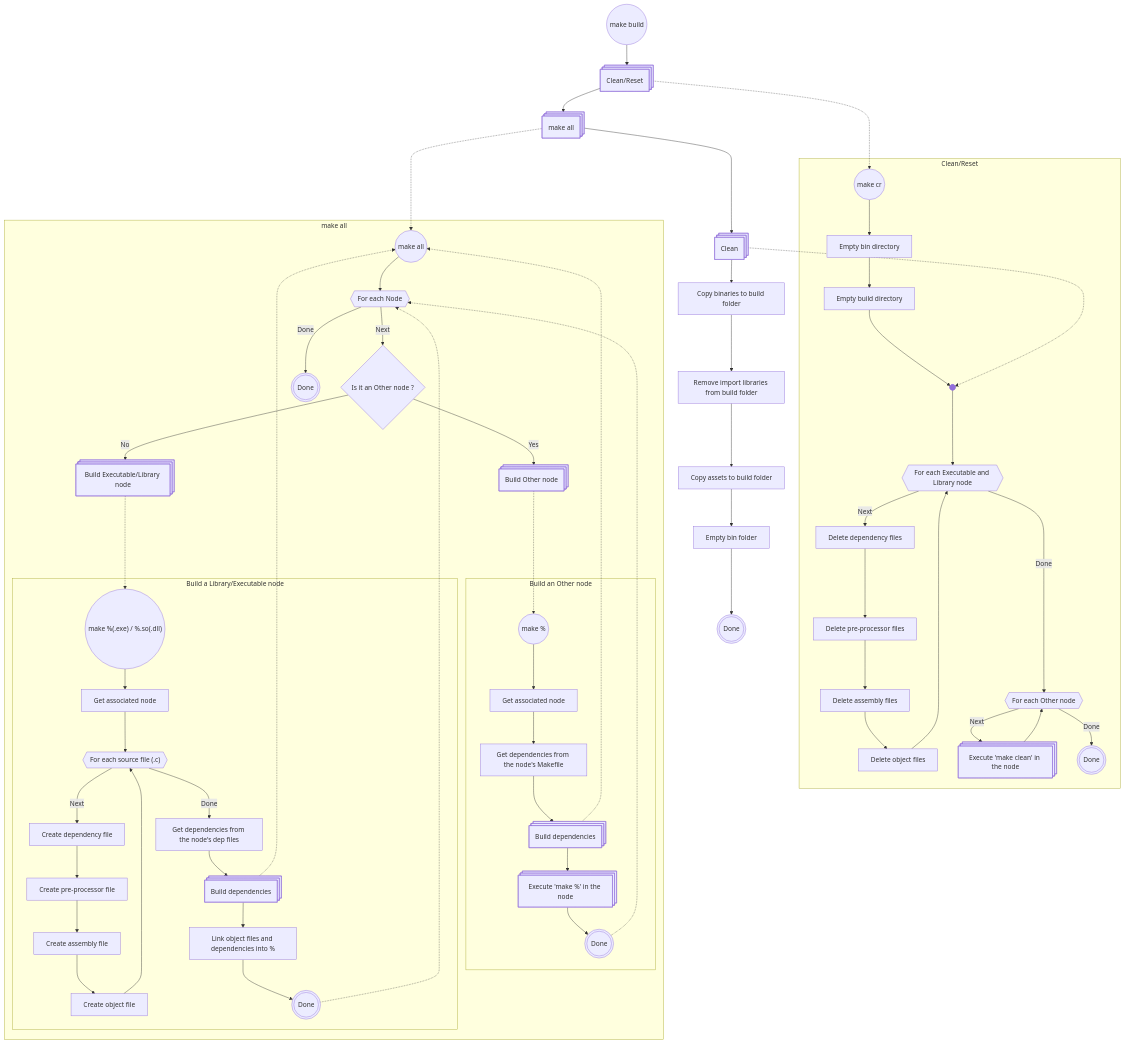
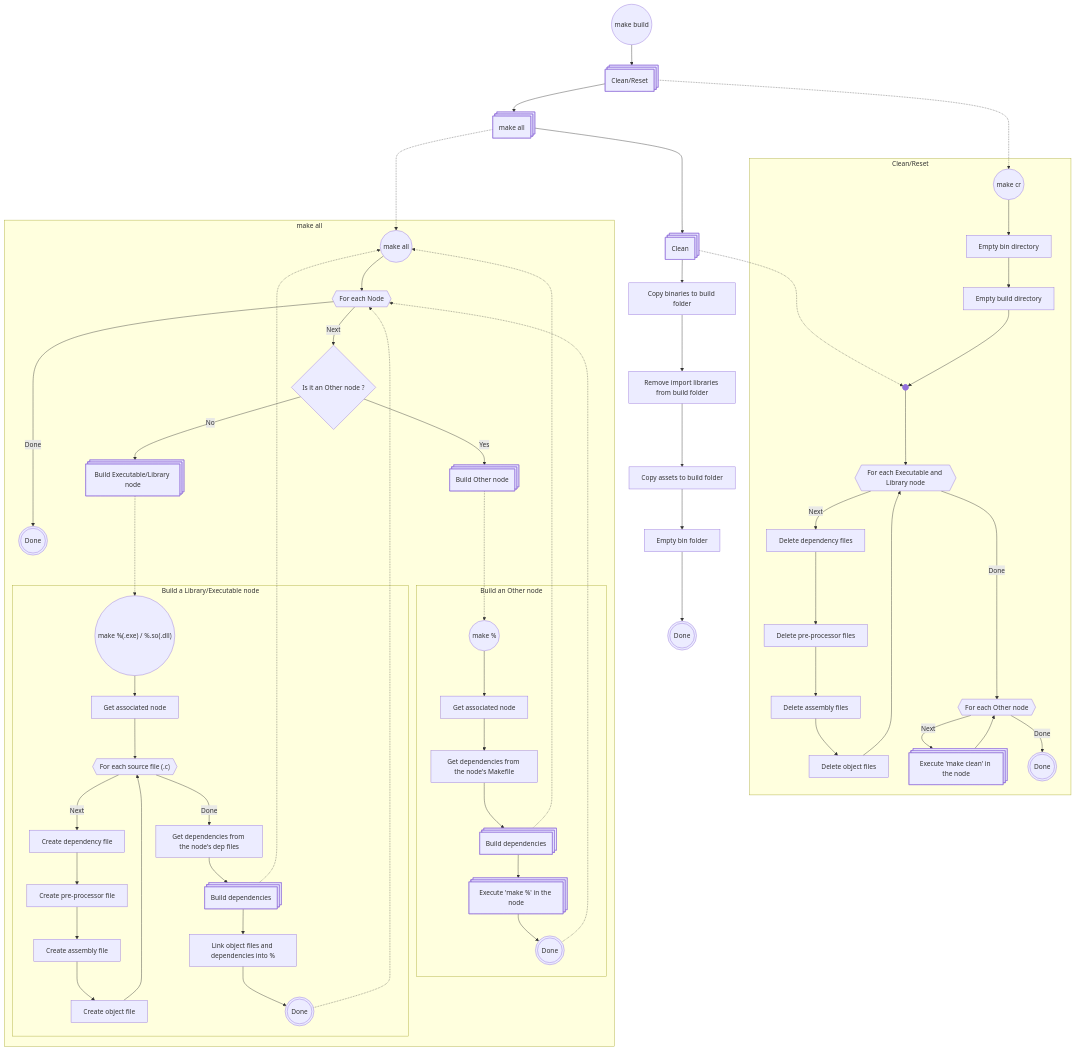
Before and after one commit to Bitwise-re/c-template: the diagram in README.md, drawn with Mermaid. The commit also changed other lines of this file, not shown here.

Commit message:
Update build process flowchart

````diff
--- a/README.md
+++ b/README.md
@@ -105,63 +105,64 @@
 ```mermaid
 flowchart TD;
     START((make build)) --> RC@{ shape: procs, label: "Clean/Reset"}
     RC --> MKA@{ shape: procs, label: "make all" }
     MKA --> CLN@{ shape: procs, label: "Clean" }
     CLN --> CPB@{ shape: proc, label: "Copy binaries to build folder" }
     CPB --> CLI@{ shape: proc, label: "Remove import libraries from build folder" }
     CLI --> CPA@{ shape: proc, label: "Copy assets to build folder" }
     CPA --> CLB@{ shape: proc, label: "Empty bin folder" }
     CLB --> END@{ shape: double-circle, label: "Done" }
+    CLN -..-> RCG_CLN@{ shape: f-circ, label: "Clean" }
     subgraph RCG [ Clean/Reset ]
         RCG_START((make cr)) --> RCG_BIN@{ shape: proc, label: "Empty bin directory" }
         RCG_BIN --> RCG_BLD@{ shape: proc, label: "Empty build directory" }
-        RCG_BLD --> RCG_CLN@{ shape: f-circ, label: "Clean" }
+        RCG_BLD --> RCG_CLN
         RCG_CLN --> RCG_FEN@{ shape: hex, label: "For each Executable and Library node" }
         RCG_FEN -->|Next| RCG_DLD@{ shape: proc, label: "Delete dependency files" }
         RCG_DLD --> RCG_DLI@{ shape: proc, label: "Delete pre-processor files" }
         RCG_DLI --> RCG_DLA@{ shape: proc, label: "Delete assembly files" }
         RCG_DLA --> RCG_DLO@{ shape: proc, label: "Delete object files" }
         RCG_DLO --> RCG_FEN
         RCG_FEN ---->|Done| RCG_FEON@{ shape: hex, label: "For each Other node" }
         RCG_FEON -->|Next| RCG_CON@{ shape: procs, label: "Execute 'make clean' in the node" }
         RCG_CON --> RCG_FEON
         RCG_FEON -->|Done| RCG_END@{ shape: double-circle, label: "Done" }
     end
     subgraph MKA_G [ make all ]
         MKA_START((make all)) --> MKA_FEN@{ shape: hex, label: "For each Node" }
         MKA_FEN -->|Next| MKA_INO@{ shape: diamond, label: "Is it an Other node ?" }
         MKA_INO -->|Yes| MKA_BON@{ shape: procs, label: "Build Other node" }
         MKA_INO -->|No| MKA_BDN@{ shape: procs, label: "Build Executable/Library node" }
-        MKA_FEN -->|Done| MKA_END@{ shape: double-circle, label: "Done" }
+        MKA_FEN ---->|Done| MKA_END@{ shape: double-circle, label: "Done" }
     
         subgraph MKO [ Build an Other node ]
             MKO_START(("make %")) --> MKO_GTN@{ shape: proc, label: "Get associated node" }
             MKO_GTN --> MKO_GTD@{ shape: proc, label: "Get dependencies from the node's Makefile" }
             MKO_GTD --> MKO_BDD@{ shape: procs, label: "Build dependencies" }
             MKO_BDD --> MKO_BLD@{ shape: procs, label: "Execute 'make %' in the node" }
             MKO_BLD --> MKO_END@{ shape: double-circle, label: "Done" }
         end
         subgraph MKN [ Build a Library/Executable node ]
             MKN_START(("make %(.exe) / %.so(.dll)")) --> MKN_GTN@{ shape: proc, label: "Get associated node" }
             MKN_GTN --> MKN_FEF@{ shape: hex, label: "For each source file (.c)" }
             MKN_FEF -->|Next| MKN_CDF@{ shape: proc, label: "Create dependency file" }
             MKN_CDF --> MKN_CIF@{ shape: proc, label: "Create pre-processor file" }
             MKN_CIF --> MKN_CAF@{ shape: proc, label: "Create assembly file" }
             MKN_CAF --> MKN_COB@{ shape: proc, label: "Create object file" }
             MKN_COB --> MKN_FEF
             MKN_FEF -->|Done| MKN_DEP@{ shape: proc, label: "Get dependencies from the node's dep files" }
             MKN_DEP --> MKN_BDD@{ shape: procs, label: "Build dependencies" }
             MKN_BDD --> MKN_LNK@{ shape: proc, label: "Link object files and dependencies into %" }
             MKN_LNK --> MKN_END@{ shape: double-circle, label: "Done" }
         end
         MKA_BON -..-> MKO_START
         MKA_BDN -..-> MKN_START
         MKO_BDD -..-> MKA_START
         MKN_BDD -..-> MKA_START
         MKN_END -..-> MKA_FEN
         MKO_END -..-> MKA_FEN
     end
     RC -..-> RCG_START
-    CLN -..-> RCG_CLN
+    
     MKA -..-> MKA_START
 ```
````
